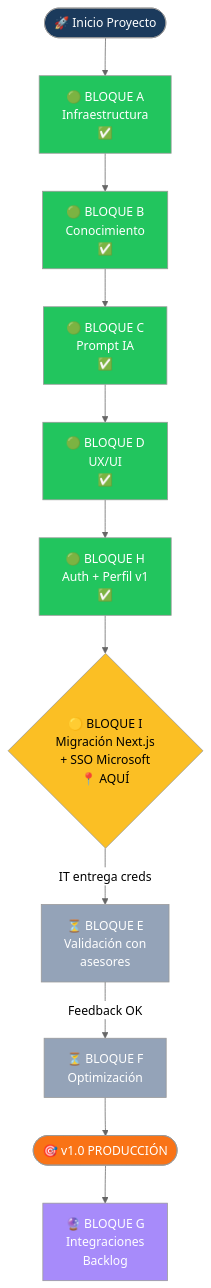
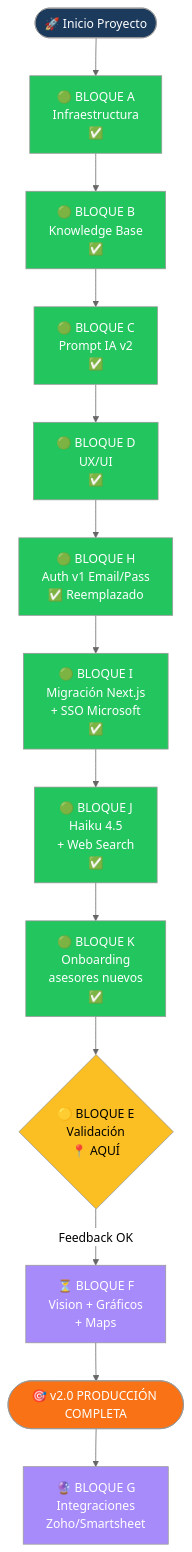
The second of 9 diagrams in ROADMAP.md (JnSbstnRivera/WINDMAR-AI-AGENT), drawn with Mermaid (neutral theme) before and after one commit. The commit also changed other lines of this file, not shown here.

Commit message:
docs: actualizar ROADMAP con todos los cambios del 8 mayo (lanzamiento definitivo)

````diff
--- a/ROADMAP.md
+++ b/ROADMAP.md
@@ -54,26 +60,30 @@
 ```mermaid
 flowchart TD
     Start([🚀 Inicio Proyecto]) --> A
     A[🟢 BLOQUE A<br/>Infraestructura<br/>✅]
-    A --> B[🟢 BLOQUE B<br/>Conocimiento<br/>✅]
-    B --> C[🟢 BLOQUE C<br/>Prompt IA<br/>✅]
+    A --> B[🟢 BLOQUE B<br/>Knowledge Base<br/>✅]
+    B --> C[🟢 BLOQUE C<br/>Prompt IA v2<br/>✅]
     C --> D[🟢 BLOQUE D<br/>UX/UI<br/>✅]
-    D --> H[🟢 BLOQUE H<br/>Auth + Perfil v1<br/>✅]
-    H --> I{🟡 BLOQUE I<br/>Migración Next.js<br/>+ SSO Microsoft<br/>📍 AQUÍ}
-    I -->|IT entrega creds| E[⏳ BLOQUE E<br/>Validación con<br/>asesores]
-    E -->|Feedback OK| F[⏳ BLOQUE F<br/>Optimización]
-    F --> V1([🎯 v1.0 PRODUCCIÓN])
-    V1 --> G[🔮 BLOQUE G<br/>Integraciones<br/>Backlog]
+    D --> H[🟢 BLOQUE H<br/>Auth v1 Email/Pass<br/>✅ Reemplazado]
+    H --> I[🟢 BLOQUE I<br/>Migración Next.js<br/>+ SSO Microsoft<br/>✅]
+    I --> J[🟢 BLOQUE J<br/>Haiku 4.5<br/>+ Web Search<br/>✅]
+    J --> K[🟢 BLOQUE K<br/>Onboarding<br/>asesores nuevos<br/>✅]
+    K --> E{🟡 BLOQUE E<br/>Validación<br/>📍 AQUÍ}
+    E -->|Feedback OK| F[⏳ BLOQUE F<br/>Vision + Gráficos<br/>+ Maps]
+    F --> V1([🎯 v2.0 PRODUCCIÓN COMPLETA])
+    V1 --> G[🔮 BLOQUE G<br/>Integraciones<br/>Zoho/Smartsheet]
 
     style A fill:#22c55e,color:#fff
     style B fill:#22c55e,color:#fff
     style C fill:#22c55e,color:#fff
     style D fill:#22c55e,color:#fff
     style H fill:#22c55e,color:#fff
-    style I fill:#fbbf24,color:#000
-    style E fill:#94a3b8,color:#fff
-    style F fill:#94a3b8,color:#fff
+    style I fill:#22c55e,color:#fff
+    style J fill:#22c55e,color:#fff
+    style K fill:#22c55e,color:#fff
+    style E fill:#fbbf24,color:#000
+    style F fill:#a78bfa,color:#fff
     style G fill:#a78bfa,color:#fff
     style V1 fill:#f97316,color:#fff
     style Start fill:#1B3A5C,color:#fff
 ```
````
